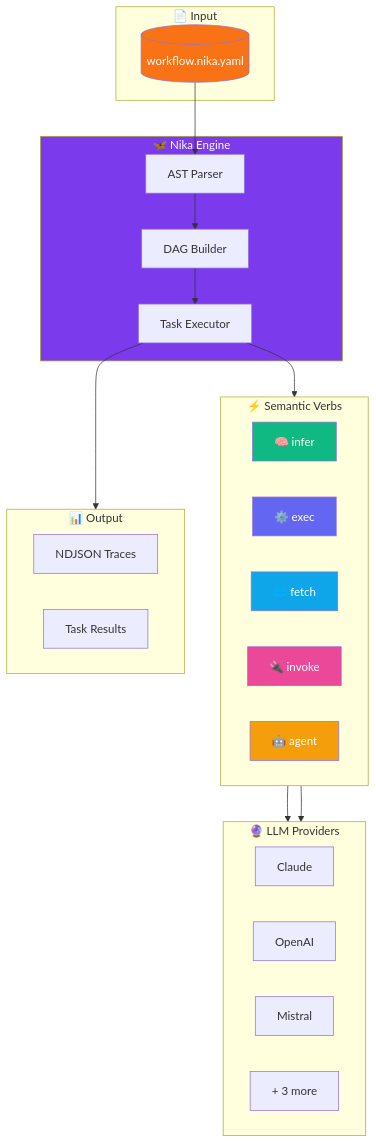
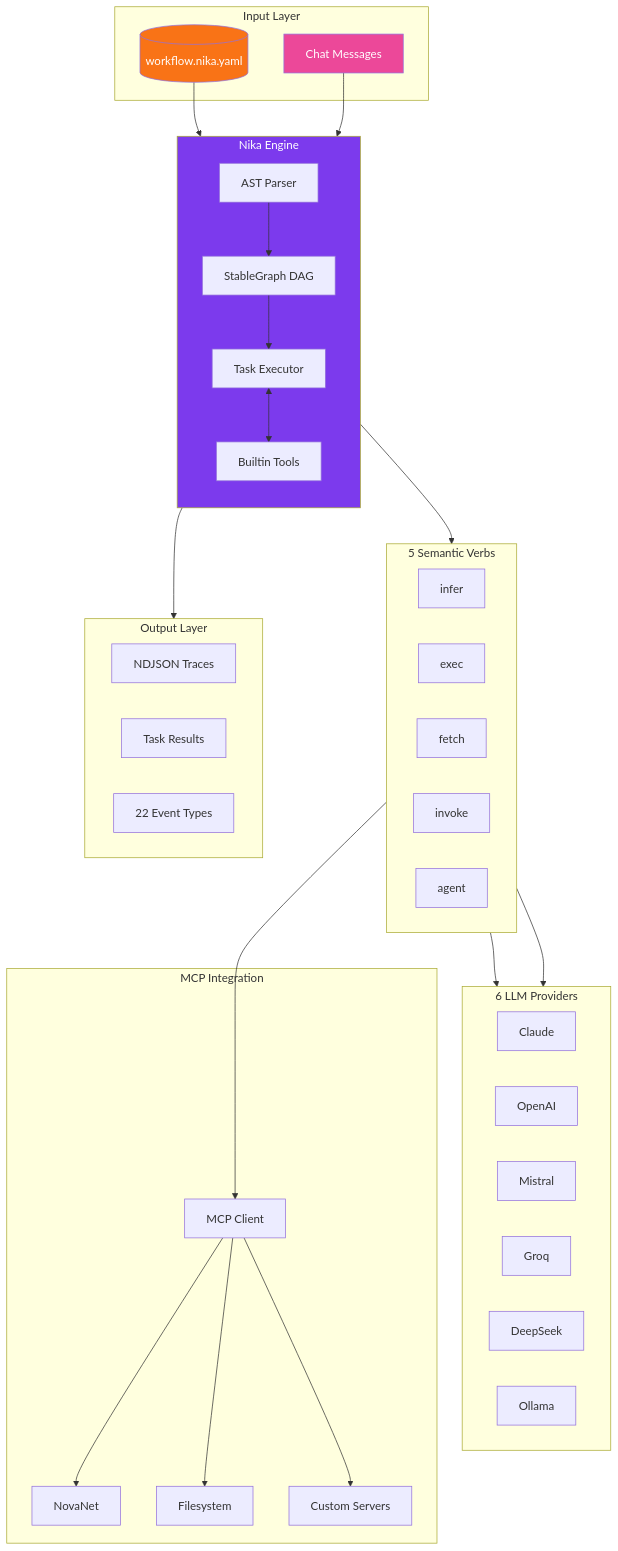
One commit to supernovae-st/nika changed the second of 11 diagrams in README.md. Above: the diagram before and after it, drawn with Mermaid. The commit also changed other lines of this file, not shown here.

First line of the commit message:
docs(readme): comprehensive v0.12.0 update with Mermaid diagrams

````diff
--- a/README.md
+++ b/README.md
@@ -219,50 +212,65 @@
 ```mermaid
 flowchart TB
-    subgraph Input["📄 Input"]
+    subgraph Input["Input Layer"]
         YAML[("workflow.nika.yaml")]
+        Chat["Chat Messages"]
     end
 
-    subgraph Engine["🦋 Nika Engine"]
+    subgraph Core["Nika Engine"]
+        direction TB
         Parser["AST Parser"]
-        DAG["DAG Builder"]
+        StableDag["StableGraph DAG"]
         Executor["Task Executor"]
+        BuiltinTools["Builtin Tools"]
 
-        Parser --> DAG --> Executor
+        Parser --> StableDag
+        StableDag --> Executor
+        Executor <--> BuiltinTools
     end
 
-    subgraph Verbs["⚡ Semantic Verbs"]
+    subgraph Verbs["5 Semantic Verbs"]
         direction LR
-        Infer["🧠 infer"]
-        Exec["⚙️ exec"]
-        Fetch["🌐 fetch"]
-        Invoke["🔌 invoke"]
-        Agent["🤖 agent"]
+        Infer["infer"]
+        Exec["exec"]
+        Fetch["fetch"]
+        Invoke["invoke"]
+        Agent["agent"]
     end
 
-    subgraph Providers["🔮 LLM Providers"]
-        direction LR
+    subgraph Providers["6 LLM Providers"]
         Claude["Claude"]
         OpenAI["OpenAI"]
         Mistral["Mistral"]
-        More["+ 3 more"]
+        Groq["Groq"]
+        DeepSeek["DeepSeek"]
+        Ollama["Ollama"]
     end
 
-    subgraph Output["📊 Output"]
+    subgraph MCP["MCP Integration"]
+        McpClient["MCP Client"]
+        NovaNet["NovaNet"]
+        Filesystem["Filesystem"]
+        Custom["Custom Servers"]
+    end
+
+    subgraph Output["Output Layer"]
         Traces["NDJSON Traces"]
         Results["Task Results"]
+        Events["22 Event Types"]
     end
 
     YAML --> Parser
+    Chat --> StableDag
     Executor --> Verbs
     Infer --> Providers
     Agent --> Providers
+    Invoke --> McpClient
+    McpClient --> NovaNet
+    McpClient --> Filesystem
+    McpClient --> Custom
     Executor --> Output
 
-    style Engine fill:#7c3aed,color:#fff
+    style Core fill:#7c3aed,color:#fff
     style YAML fill:#f97316,color:#fff
-    style Infer fill:#10b981,color:#fff
-    style Exec fill:#6366f1,color:#fff
-    style Fetch fill:#0ea5e9,color:#fff
-    style Invoke fill:#ec4899,color:#fff
-    style Agent fill:#f59e0b,color:#fff
+    style Chat fill:#ec4899,color:#fff
 ```
````
